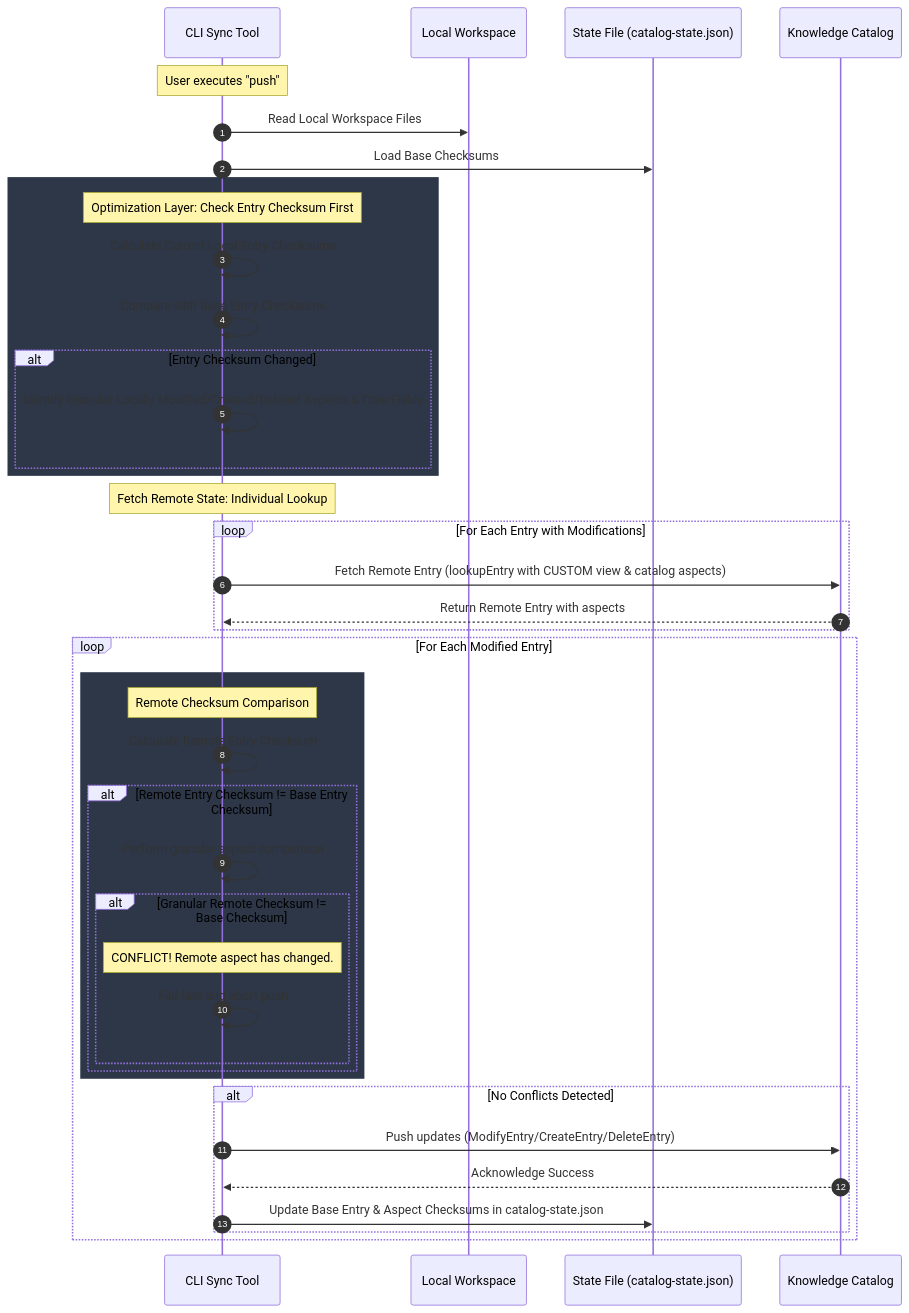
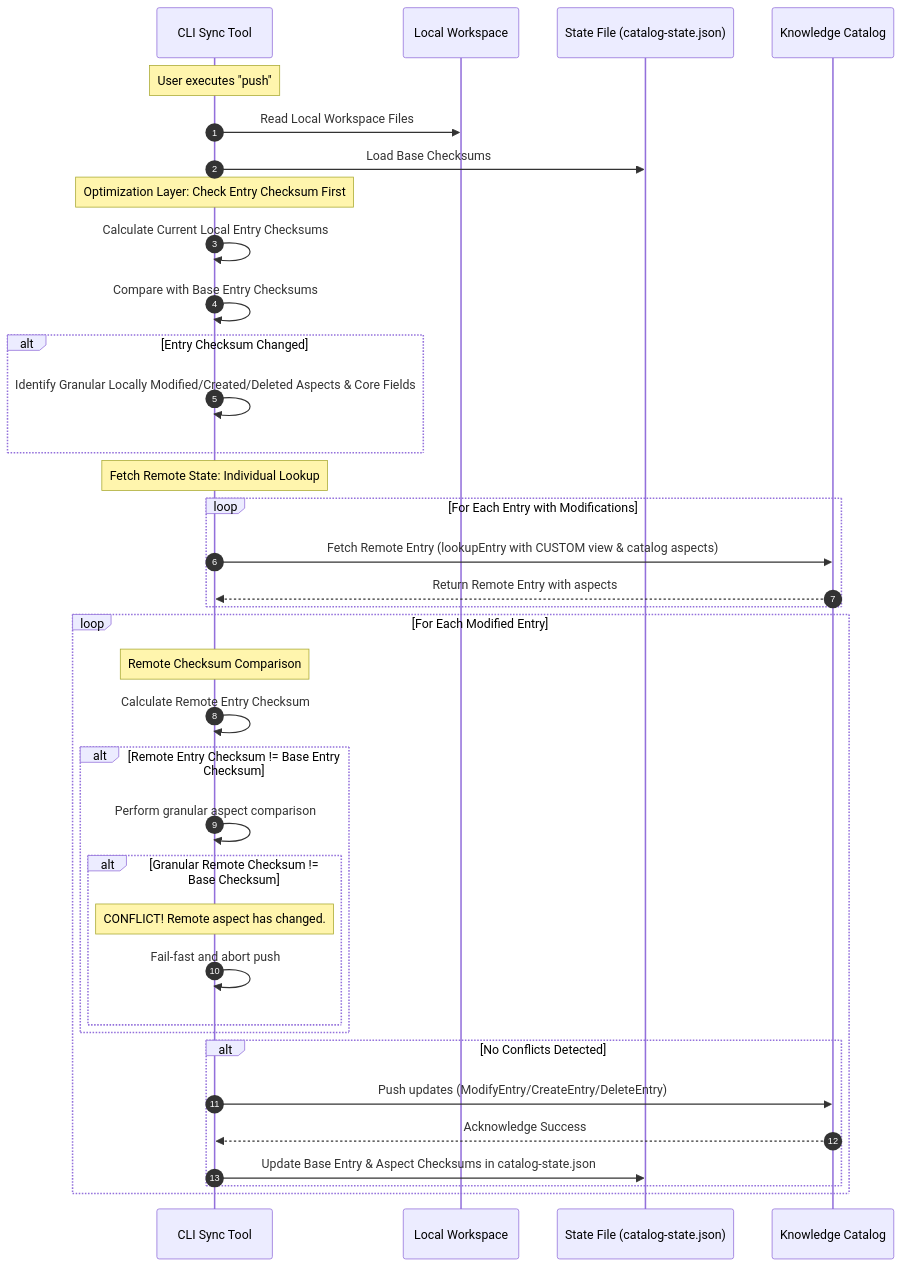
One commit to GoogleCloudPlatform/knowledge-catalog changed the third of 3 diagrams in toolbox/mdcode/docs/checksum_design.md. Above: the diagram before and after it, drawn with Mermaid. The commit also changed other lines of this file, not shown here.

Commit message:
docs: update checksum design spec addressing review comments

````diff
--- a/toolbox/mdcode/docs/checksum_design.md
+++ b/toolbox/mdcode/docs/checksum_design.md
@@ -269,47 +267,43 @@
 ```mermaid
 sequenceDiagram
     autonumber
     participant Tool as CLI Sync Tool
     participant Disk as Local Workspace
     participant State as State File (catalog-state.json)
     participant Remote as Knowledge Catalog
 
     Note over Tool: User executes "push"
     Tool->>Disk: Read Local Workspace Files
     Tool->>State: Load Base Checksums
     
-    rect rgb(45, 55, 72)
     Note over Tool: Optimization Layer: Check Entry Checksum First
     Tool->>Tool: Calculate Current Local Entry Checksums
     Tool->>Tool: Compare with Base Entry Checksums
     alt Entry Checksum Changed
         Tool->>Tool: Identify Granular Locally Modified/Created/Deleted Aspects & Core Fields
-    end
     end
     
     Note over Tool: Fetch Remote State: Individual Lookup
     loop For Each Entry with Modifications
         Tool->>Remote: Fetch Remote Entry (lookupEntry with CUSTOM view & catalog aspects)
         Remote-->>Tool: Return Remote Entry with aspects
     end
 
     loop For Each Modified Entry
-        rect rgb(45, 55, 72)
         Note over Tool: Remote Checksum Comparison
         Tool->>Tool: Calculate Remote Entry Checksum
         alt Remote Entry Checksum != Base Entry Checksum
             Tool->>Tool: Perform granular aspect comparison
             alt Granular Remote Checksum != Base Checksum
                 Note over Tool: CONFLICT! Remote aspect has changed.
                 Tool->>Tool: Fail-fast and abort push
             end
         end
-        end
 
         alt No Conflicts Detected
             Tool->>Remote: Push updates (ModifyEntry/CreateEntry/DeleteEntry)
             Remote-->>Tool: Acknowledge Success
             Tool->>State: Update Base Entry & Aspect Checksums in catalog-state.json
         end
     end
 ```
````
